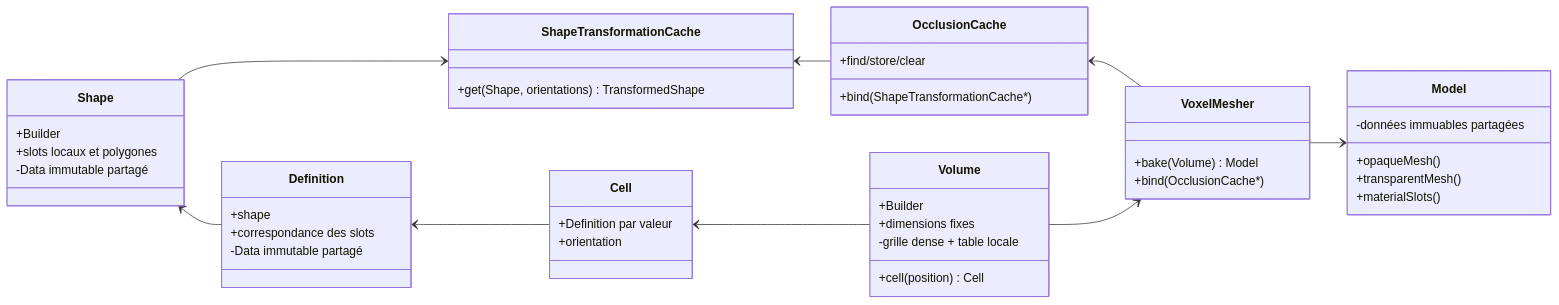
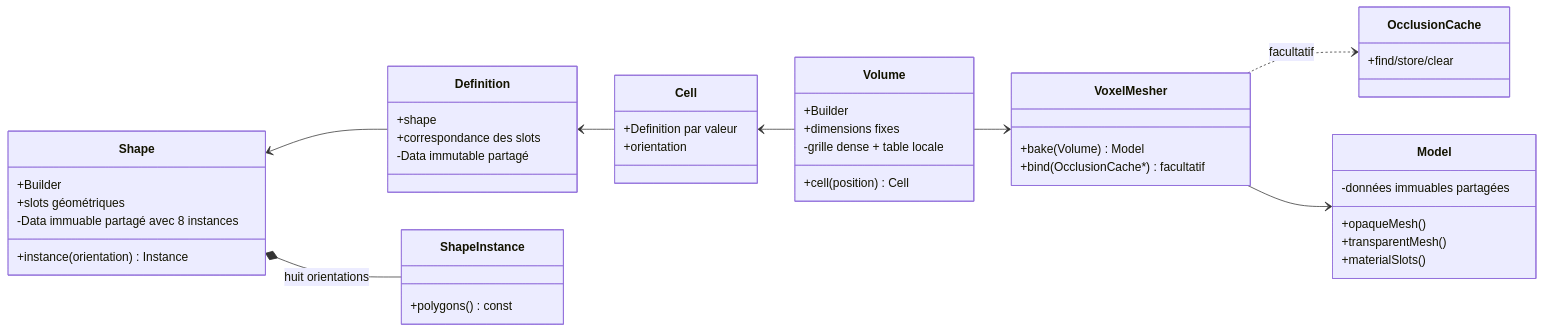
One commit to EreliaStudio/Sparkle changed the diagram in docs/voxel-engine-v0.1.4/02-modele-voxel.md. Above: the diagram before and after it, drawn with Mermaid. The commit also changed other lines of this file and 9 other files, not shown here.

Commit message:
docs(voxel): align shape instances and optional occlusion across PR plans

````diff
--- a/docs/voxel-engine-v0.1.4/02-modele-voxel.md
+++ b/docs/voxel-engine-v0.1.4/02-modele-voxel.md
@@ -7,49 +7,48 @@
 ```mermaid
 classDiagram
   direction LR
   class Shape {
     +Builder
-    +slots locaux et polygones
-    -Data immutable partagé
+    +slots géométriques
+    +instance(orientation) Instance
+    -Data immuable partagé avec 8 instances
   }
   class Definition {
     +shape
     +correspondance des slots
     -Data immutable partagé
   }
   class Cell {
     +Definition par valeur
     +orientation
   }
   class Volume {
     +Builder
     +dimensions fixes
     +cell(position) Cell
     -grille dense + table locale
   }
   class Model {
     +opaqueMesh()
     +transparentMesh()
     +materialSlots()
     -données immuables partagées
   }
-  class ShapeTransformationCache {
-    +get(Shape, orientations) TransformedShape
+  class ShapeInstance {
+    +polygons() const
   }
   class OcclusionCache {
-    +bind(ShapeTransformationCache*)
     +find/store/clear
   }
   class VoxelMesher {
     +bake(Volume) Model
-    +bind(OcclusionCache*)
+    +bind(OcclusionCache*) facultatif
   }
   Shape <-- Definition
   Definition <-- Cell
   Cell <-- Volume
-  Shape --> ShapeTransformationCache
-  ShapeTransformationCache <-- OcclusionCache
-  OcclusionCache <-- VoxelMesher
+  Shape *-- ShapeInstance : huit orientations
+  VoxelMesher ..> OcclusionCache : facultatif
   Volume --> VoxelMesher
   VoxelMesher --> Model
 ```
````
